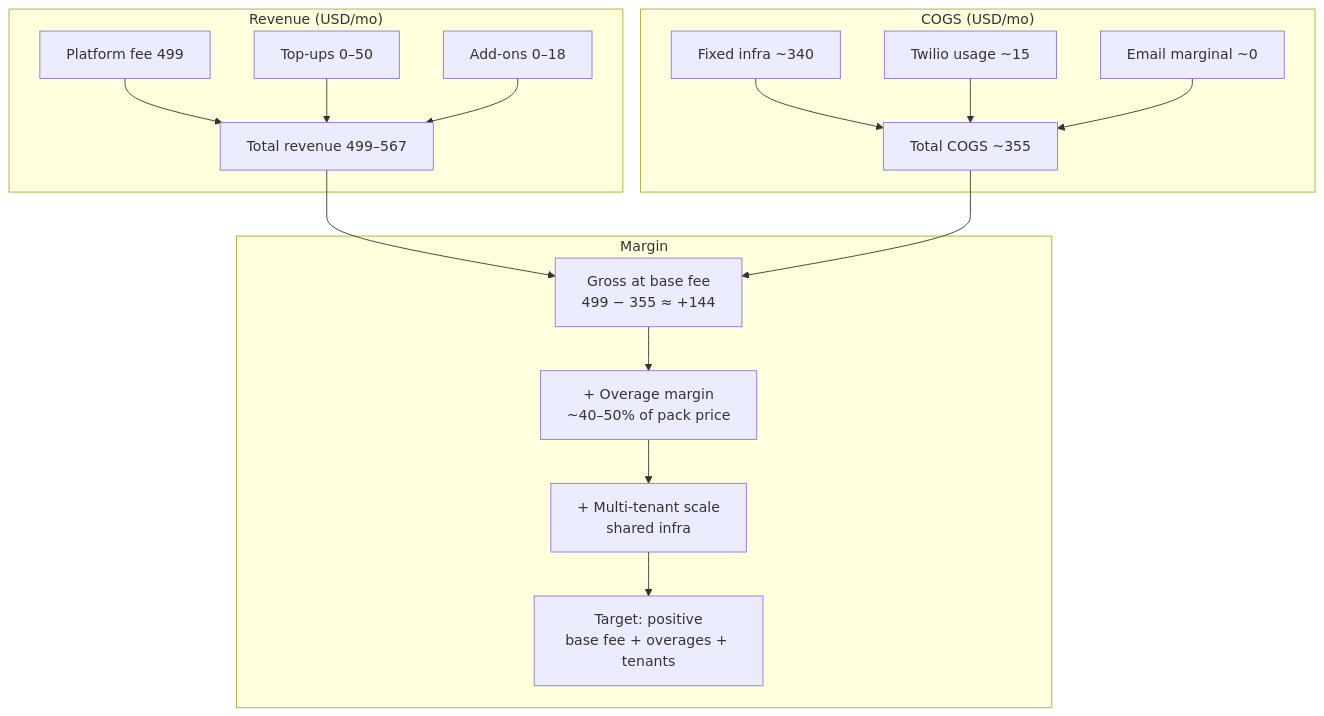
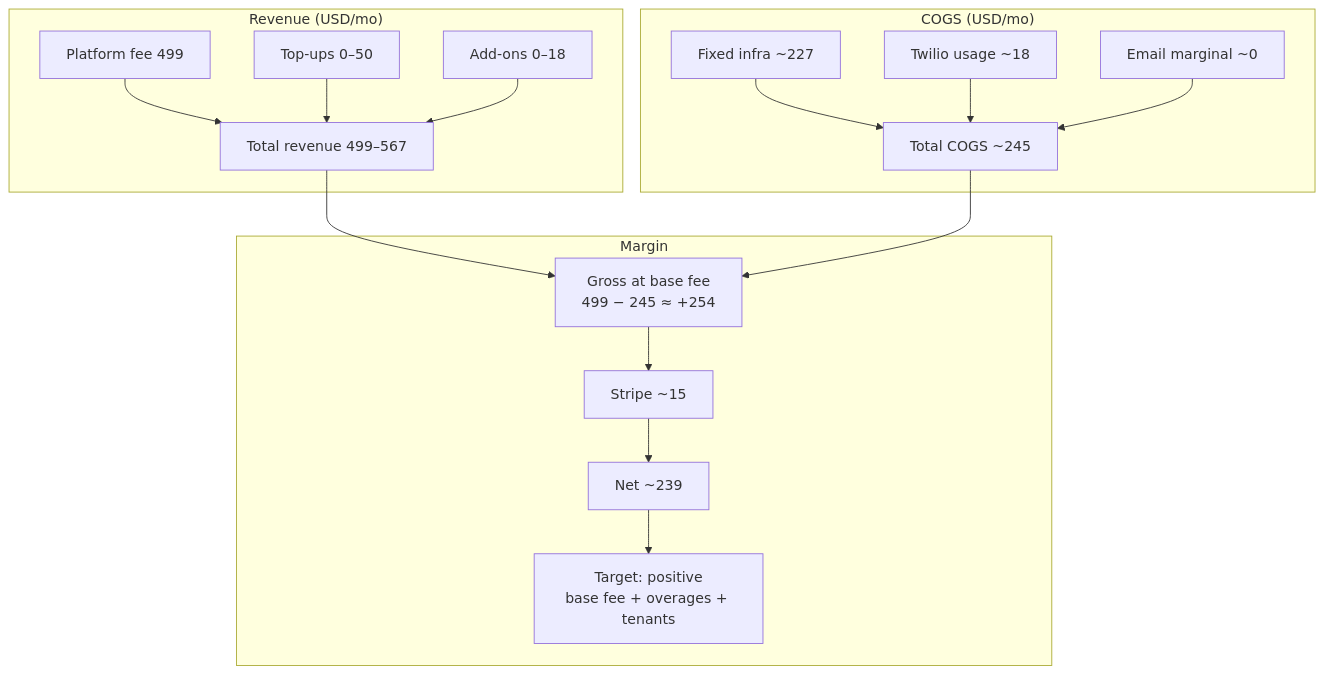
One commit to tonatiuh19/real-state changed the sixth of 15 diagrams in docs/BILLING_AND_QUOTA_PLAN.md. Above: the diagram before and after it, drawn with Mermaid. The commit also changed other lines of this file and 84 other files, not shown here.

````diff
--- a/docs/BILLING_AND_QUOTA_PLAN.md
+++ b/docs/BILLING_AND_QUOTA_PLAN.md
@@ -386,29 +388,29 @@
 ```mermaid
 flowchart TB
   subgraph Revenue["Revenue (USD/mo)"]
     R1[Platform fee 499]
     R2[Top-ups 0–50]
     R3[Add-ons 0–18]
     RT[Total revenue 499–567]
   end
 
   subgraph COGS["COGS (USD/mo)"]
-    C1[Fixed infra ~340]
-    C2[Twilio usage ~15]
+    C1[Fixed infra ~227]
+    C2[Twilio usage ~18]
     C3[Email marginal ~0]
-    CT[Total COGS ~355]
+    CT[Total COGS ~245]
   end
 
   subgraph Margin["Margin"]
-    M1[Gross at base fee\n499 − 355 ≈ +144]
-    M2[+ Overage margin\n~40–50% of pack price]
-    M3[+ Multi-tenant scale\nshared infra]
+    M1[Gross at base fee\n499 − 245 ≈ +254]
+    M2[Stripe ~15]
+    M3[Net ~239]
     MP[Target: positive\nbase fee + overages + tenants]
   end
 
   R1 & R2 & R3 --> RT
   C1 & C2 & C3 --> CT
   RT --> M1
   CT --> M1
   M1 --> M2 --> M3 --> MP
 ```
````
